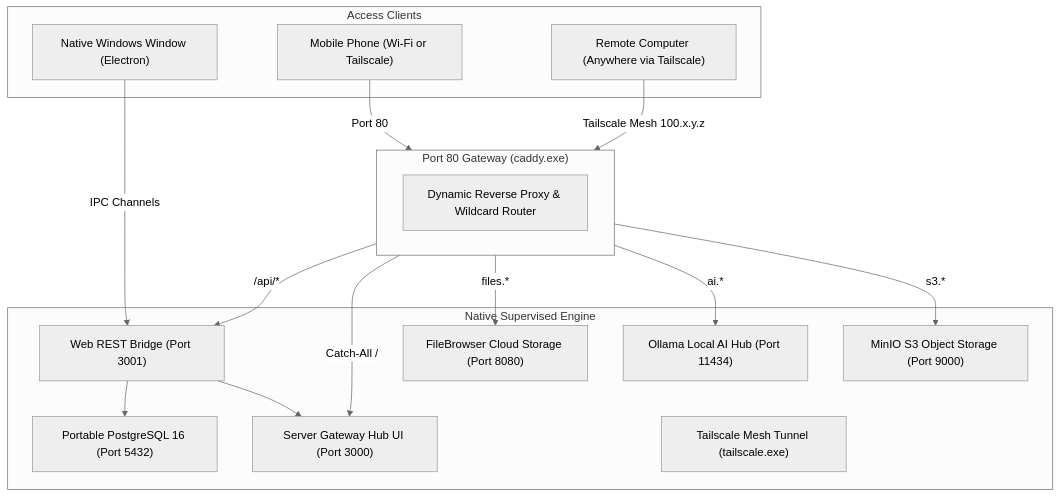
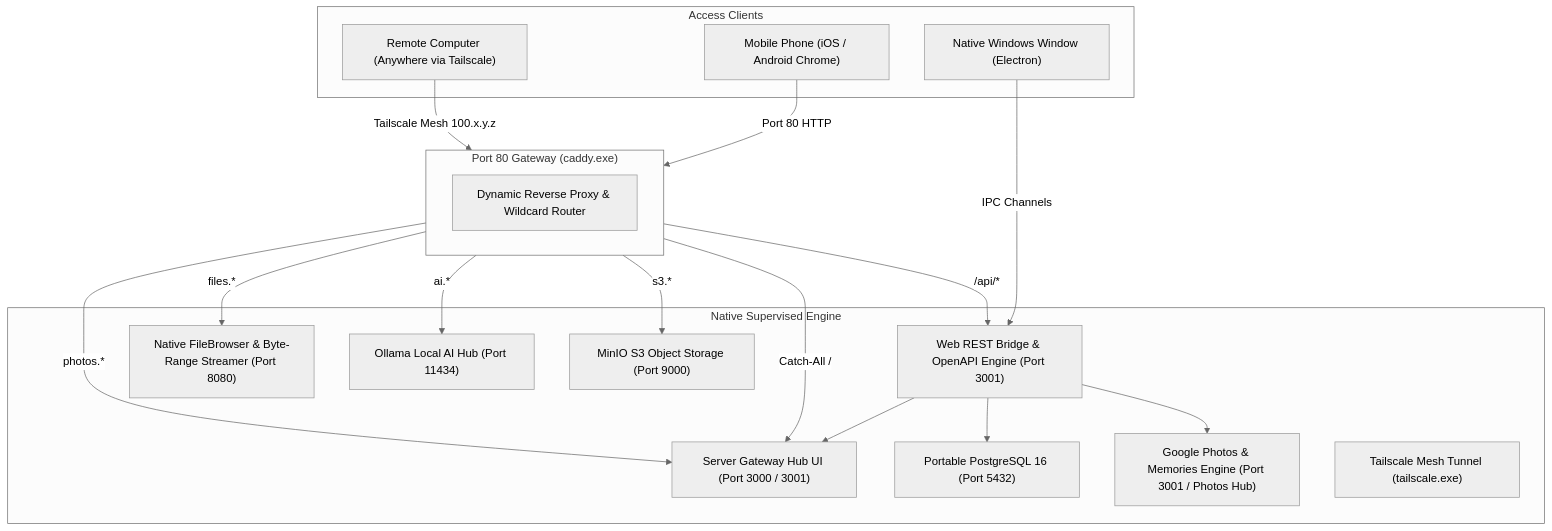
Before and after one commit to rhmunna143/Ownbase: the diagram in README.md, drawn with Mermaid (neutral theme). The commit also changed other lines of this file, not shown here.

Commit message:
docs: update README.md with mobile responsive shell, byte-range video streaming, photos gallery, and OpenAPI documentation

````diff
--- a/README.md
+++ b/README.md
@@ -17,35 +17,38 @@
 ```mermaid
 flowchart TD
     subgraph Client["Access Clients"]
         DesktopApp["Native Windows Window (Electron)"]
-        MobilePhone["Mobile Phone (Wi-Fi or Tailscale)"]
+        MobilePhone["Mobile Phone (iOS / Android Chrome)"]
         RemotePC["Remote Computer (Anywhere via Tailscale)"]
     end
 
     subgraph CaddyGateway["Port 80 Gateway (caddy.exe)"]
         ReverseProxy["Dynamic Reverse Proxy & Wildcard Router"]
     end
 
     subgraph CoreServices["Native Supervised Engine"]
-        NextDashboard["Server Gateway Hub UI (Port 3000)"]
-        WebApi["Web REST Bridge (Port 3001)"]
+        NextDashboard["Server Gateway Hub UI (Port 3000 / 3001)"]
+        WebApi["Web REST Bridge & OpenAPI Engine (Port 3001)"]
         Postgres["Portable PostgreSQL 16 (Port 5432)"]
-        FileBrowser["FileBrowser Cloud Storage (Port 8080)"]
+        FileBrowser["Native FileBrowser & Byte-Range Streamer (Port 8080)"]
+        PhotosService["Google Photos & Memories Engine (Port 3001 / Photos Hub)"]
         Ollama["Ollama Local AI Hub (Port 11434)"]
         Minio["MinIO S3 Object Storage (Port 9000)"]
         Tailscale["Tailscale Mesh Tunnel (tailscale.exe)"]
     end
 
     DesktopApp -->|IPC Channels| WebApi
-    MobilePhone -->|Port 80| CaddyGateway
+    MobilePhone -->|Port 80 HTTP| CaddyGateway
     RemotePC -->|Tailscale Mesh 100.x.y.z| CaddyGateway
 
     CaddyGateway -->|/api/*| WebApi
     CaddyGateway -->|Catch-All /| NextDashboard
     CaddyGateway -->|files.*| FileBrowser
+    CaddyGateway -->|photos.*| NextDashboard
     CaddyGateway -->|ai.*| Ollama
     CaddyGateway -->|s3.*| Minio
 
     WebApi --> Postgres
     WebApi --> NextDashboard
+    WebApi --> PhotosService
 ```
````
